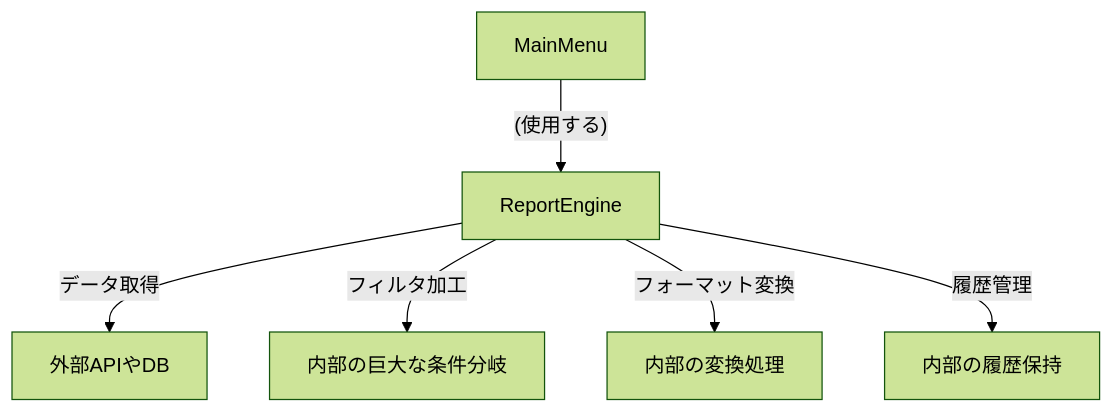
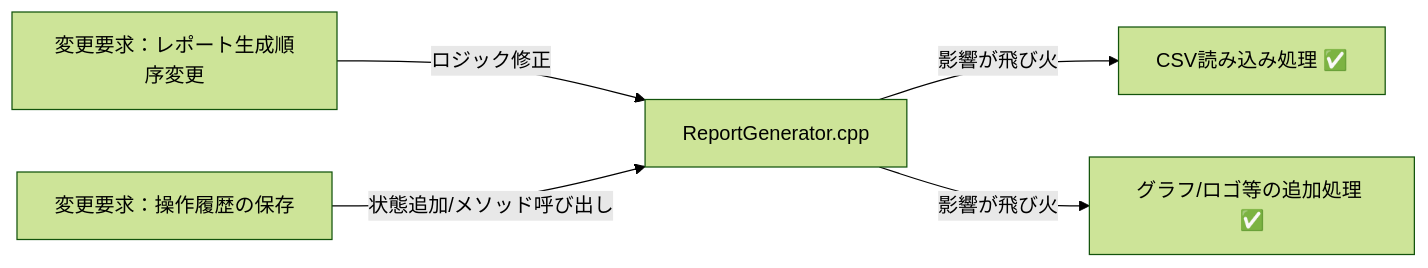
Before and after one commit to kumachan1101-pixel/DesignPattern: the third of 6 diagrams in kindle/design-patterns/output/chapter11.md, drawn with Mermaid (forest theme). The commit also changed other lines of this file and 11 other files, not shown here.

````diff
--- a/kindle/design-patterns/output/chapter11.md
+++ b/kindle/design-patterns/output/chapter11.md
@@ -64,10 +228,8 @@
 ```mermaid
-graph TD
-    MainMenu["MainMenu"] -->|"(使用する)"| ReportEngine["ReportEngine"]
-    ReportEngine -->|"データ取得"| DataSource["外部APIやDB"]
-    ReportEngine -->|"フィルタ加工"| FilterLogic["内部の巨大な条件分岐"]
-    ReportEngine -->|"フォーマット変換"| FormatLogic["内部の変換処理"]
-    ReportEngine -->|"履歴管理"| History["内部の履歴保持"]
-    
-    classDef defaultClass fill:#fff,stroke:#333,stroke-width:2px
+graph LR
+    T1["変更要求：レポート生成順序変更"] -->|"ロジック修正"| B["ReportGenerator.cpp"]
+    T2["変更要求：操作履歴の保存"] -->|"状態追加/メソッド呼び出し"| B
+    B -->|"影響が飛び火"| C["CSV読み込み処理 ✅"]
+    B -->|"影響が飛び火"| D["グラフ/ロゴ等の追加処理 ✅"]
+
 ```
````
